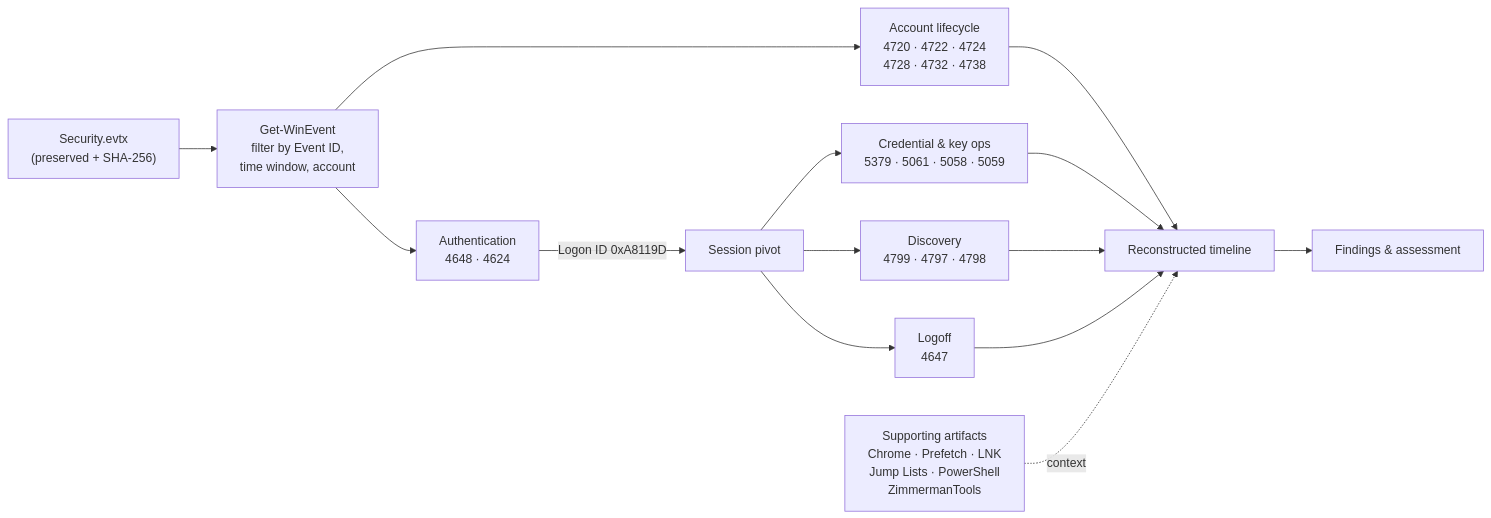
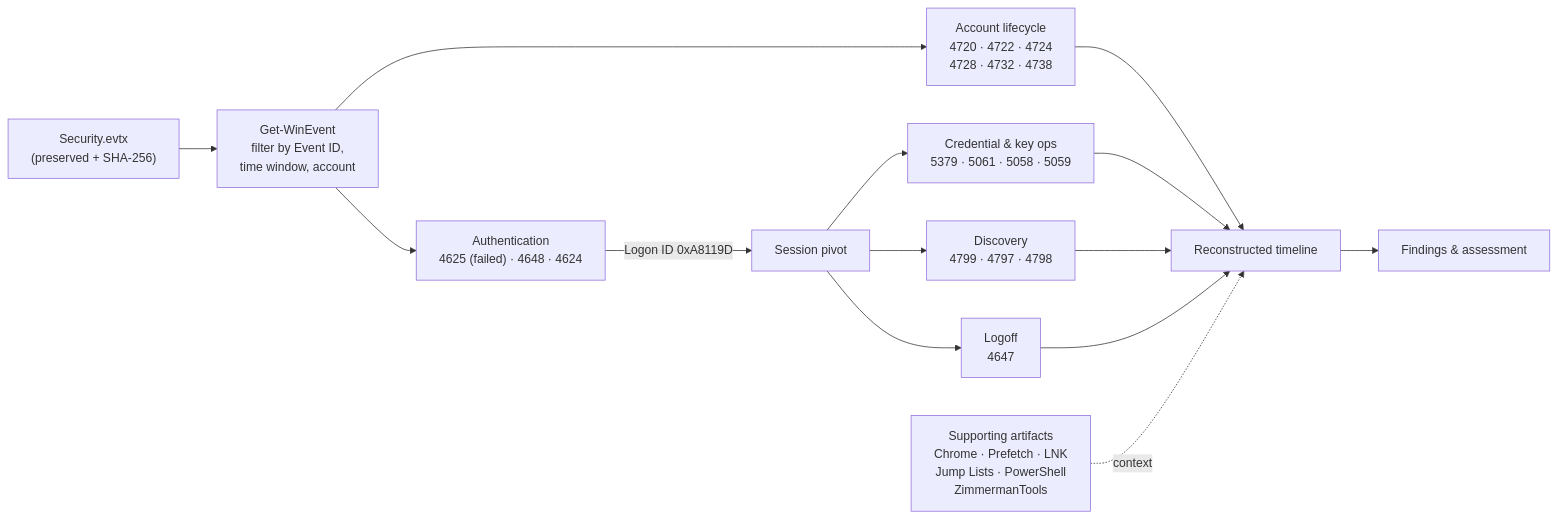
The diagram in README.md (aniknohan/windows-dfir-security-event-investigation), drawn with Mermaid before and after one commit. The commit also changed other lines of this file and 2 other files, not shown here.

First line of the commit message:
Add 13:29:15 failed logon (Event 4625) to findings and timeline

````diff
--- a/README.md
+++ b/README.md
@@ -64,13 +64,13 @@
 ```mermaid
 flowchart LR
     A["Security.evtx<br/>(preserved + SHA-256)"] --> B["Get-WinEvent<br/>filter by Event ID,<br/>time window, account"]
     B --> C["Account lifecycle<br/>4720 · 4722 · 4724<br/>4728 · 4732 · 4738"]
-    B --> D["Authentication<br/>4648 · 4624"]
+    B --> D["Authentication<br/>4625 (failed) · 4648 · 4624"]
     D -->|"Logon ID 0xA8119D"| E["Session pivot"]
     E --> F["Credential & key ops<br/>5379 · 5061 · 5058 · 5059"]
     E --> G["Discovery<br/>4799 · 4797 · 4798"]
     E --> H["Logoff<br/>4647"]
     C & F & G & H --> I["Reconstructed timeline"]
     S["Supporting artifacts<br/>Chrome · Prefetch · LNK<br/>Jump Lists · PowerShell<br/>ZimmermanTools"] -.context.-> I
     I --> J["Findings & assessment"]
 ```
````
